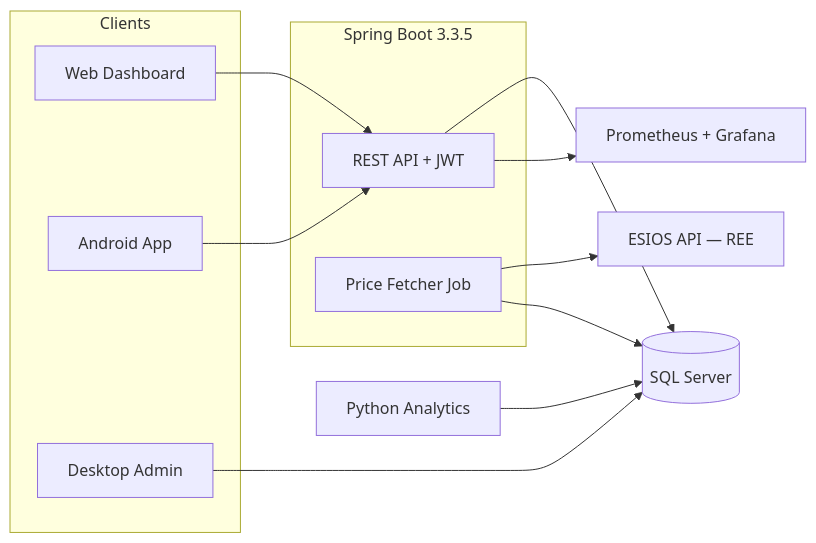
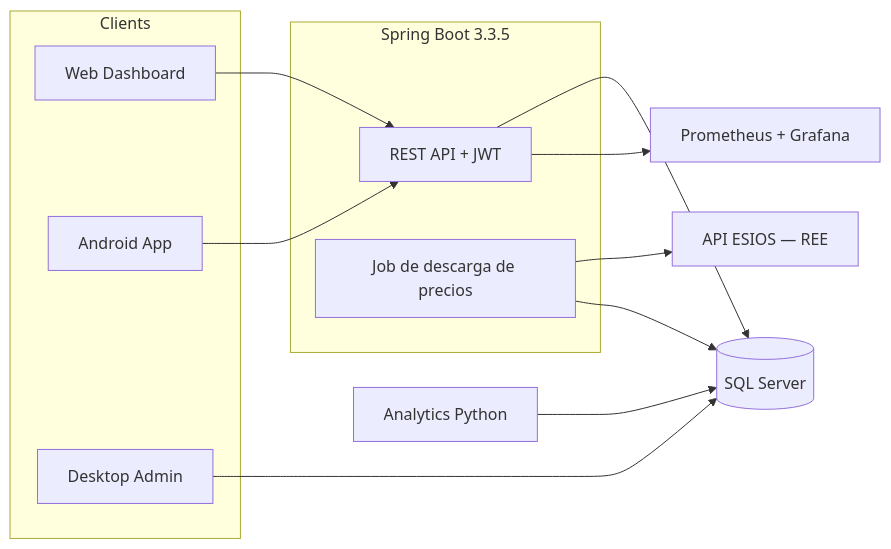
The diagram in README.md (Manstor21/WattWise), drawn with Mermaid before and after one commit. The commit also changed other lines of this file, not shown here.

````diff
--- a/README.md
+++ b/README.md
@@ -17,27 +17,27 @@
 ```mermaid
 flowchart LR
     subgraph Clients
         WEB[Web Dashboard]
         ANDROID[Android App]
         DESKTOP[Desktop Admin]
     end
 
     subgraph Backend[Spring Boot 3.3.5]
         API[REST API + JWT]
-        JOB[Price Fetcher Job]
+        JOB[Job de descarga de precios]
     end
 
-    ANALYTICS[Python Analytics]
+    ANALYTICS[Analytics Python]
     DB[(SQL Server)]
-    ESIOS[ESIOS API — REE]
+    ESIOS[API ESIOS — REE]
     OBS[Prometheus + Grafana]
 
     WEB --> API
     ANDROID --> API
     DESKTOP --> DB
     API --> DB
     JOB --> ESIOS
     JOB --> DB
     ANALYTICS --> DB
     API --> OBS
 ```
````
